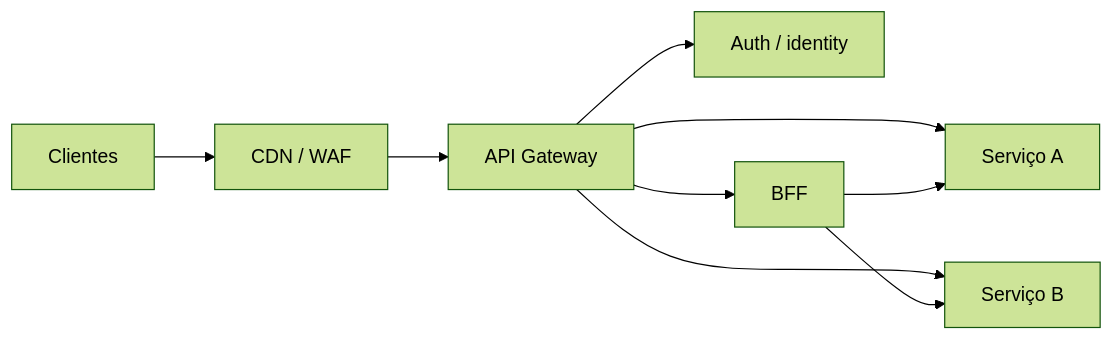
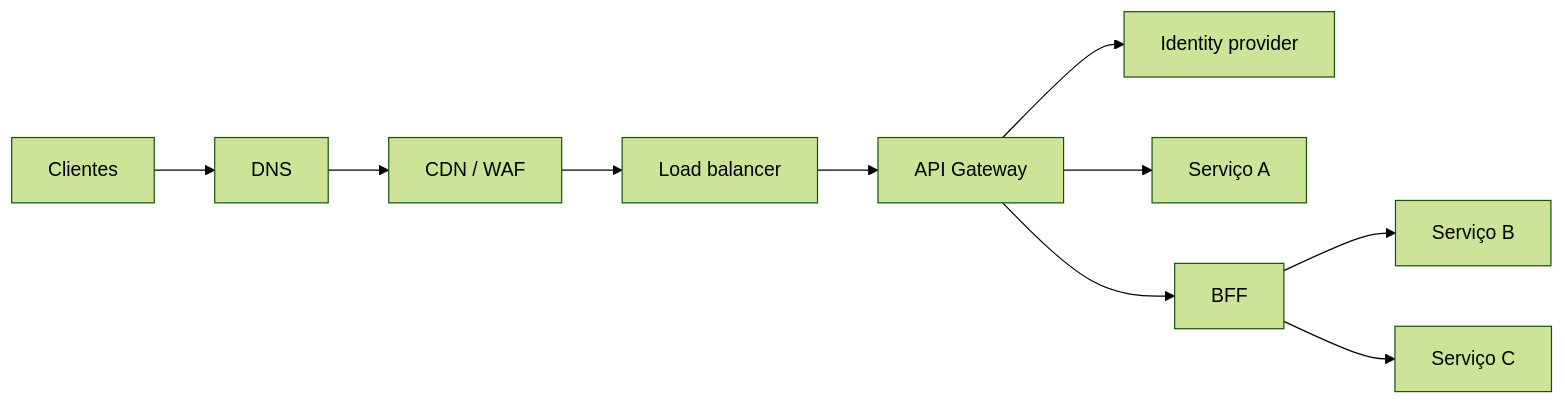
One commit to blasther12/alexandria changed the first of 2 diagrams in api-gateways/README.md. Above: the diagram before and after it, drawn with Mermaid (forest theme). The commit also changed other lines of this file, not shown here.

````diff
--- a/api-gateways/README.md
+++ b/api-gateways/README.md
@@ -15,11 +24,12 @@
 ```mermaid
 flowchart LR
-    C[Clientes] --> CDN[CDN / WAF]
-    CDN --> G[API Gateway]
-    G --> A[Auth / identity]
-    G --> S1[Serviço A]
-    G --> S2[Serviço B]
+    C[Clientes] --> DNS[DNS]
+    DNS --> CDN[CDN / WAF]
+    CDN --> LB[Load balancer]
+    LB --> G[API Gateway]
+    G --> IDP[Identity provider]
+    G --> A[Serviço A]
     G --> B[BFF]
-    B --> S1
-    B --> S2
+    B --> S1[Serviço B]
+    B --> S2[Serviço C]
 ```
````
